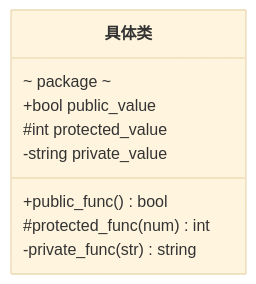
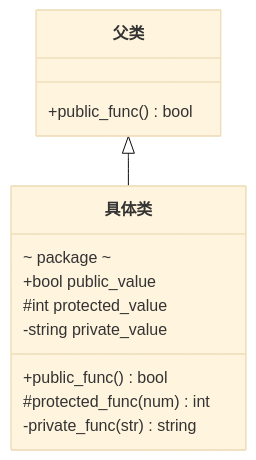
One commit to hanjingo/doc changed the fourth of 12 diagrams in OTHERS/how_to_write_markdown.md. Above: the diagram before and after it, drawn with Mermaid (base theme). The commit also changed other lines of this file and 27 other files, not shown here.

````diff
--- a/OTHERS/how_to_write_markdown.md
+++ b/OTHERS/how_to_write_markdown.md
@@ -597,12 +597,18 @@
 ```mermaid
 classDiagram
+	父类 <|-- 具体类
+
+	class 父类{
+		+public_func() bool
+	}
+	
 	class 具体类{
 		~ package ~
 		+bool public_value
 		#int protected_value
 		-string private_value
 		+public_func() bool
 		#protected_func(num) int
 		-private_func(str) string
 	}
 ```
````
